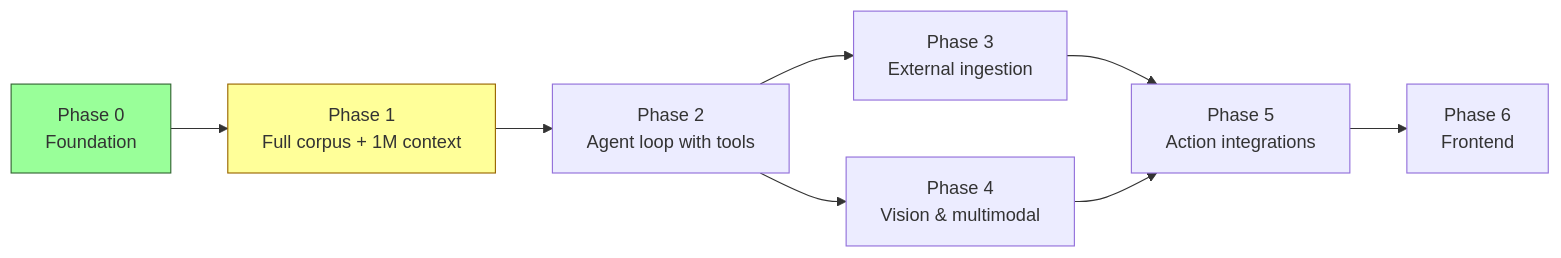
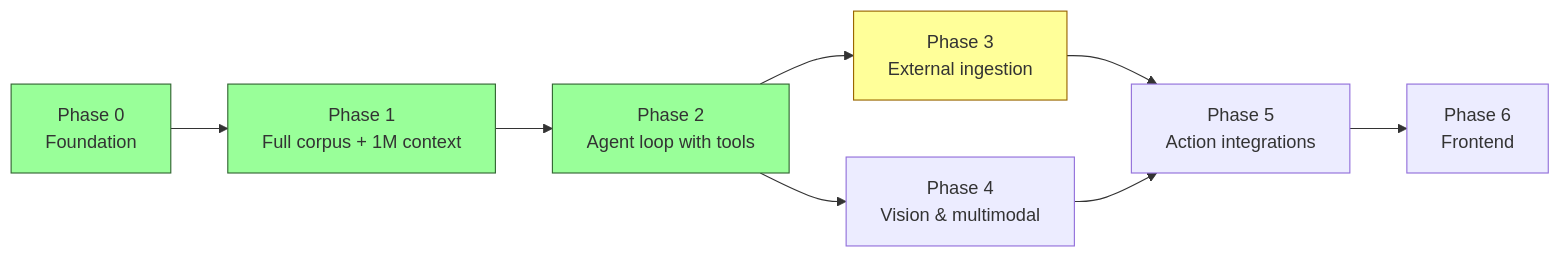
One commit to patrickisgreat/sharma-bot changed the first of 2 diagrams in docs/roadmap.md. Above: the diagram before and after it, drawn with Mermaid. The commit also changed other lines of this file and 3 other files, not shown here.

First line of the commit message:
docs: update CLAUDE.md, architecture, roadmap, user-guide for agent loop

````diff
--- a/docs/roadmap.md
+++ b/docs/roadmap.md
@@ -7,15 +5,17 @@
 ```mermaid
 flowchart LR
     P0[Phase 0<br/>Foundation] --> P1[Phase 1<br/>Full corpus + 1M context]
     P1 --> P2[Phase 2<br/>Agent loop with tools]
     P2 --> P3[Phase 3<br/>External ingestion]
     P2 --> P4[Phase 4<br/>Vision & multimodal]
     P3 --> P5[Phase 5<br/>Action integrations]
     P4 --> P5
     P5 --> P6[Phase 6<br/>Frontend]
 
     classDef done fill:#9f9,stroke:#363;
     classDef current fill:#ff9,stroke:#960;
     class P0 done;
-    class P1 current;
+    class P1 done;
+    class P2 done;
+    class P3 current;
 ```
````
